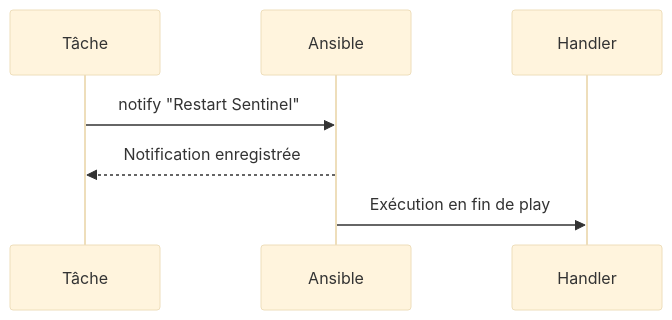
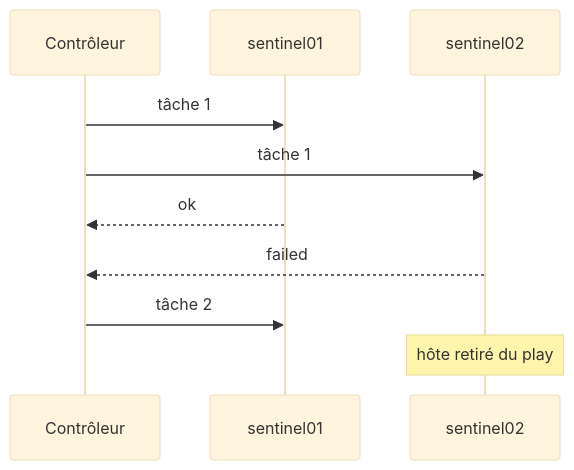
Before and after one commit to tdelaclos/formations: the diagram in sentinel/docs/campagne_09/9.4-premiers-playbooks.md, drawn with Mermaid (base theme). The commit also changed other lines of this file and 38 other files, not shown here.

````diff
--- a/sentinel/docs/campagne_09/9.4-premiers-playbooks.md
+++ b/sentinel/docs/campagne_09/9.4-premiers-playbooks.md
@@ -1454,15 +86,12 @@
 ```mermaid
 sequenceDiagram
-
-    participant T as Tâche
-
-    participant A as Ansible
-
-    participant H as Handler
-
-    T->>A: notify "Restart Sentinel"
-
-    A-->>T: Notification enregistrée
-
-    A->>H: Exécution en fin de play
+    participant C as Contrôleur
+    participant S1 as sentinel01
+    participant S2 as sentinel02
+    C->>S1: tâche 1
+    C->>S2: tâche 1
+    S1-->>C: ok
+    S2-->>C: failed
+    C->>S1: tâche 2
+    Note over S2: hôte retiré du play
 ```
````
